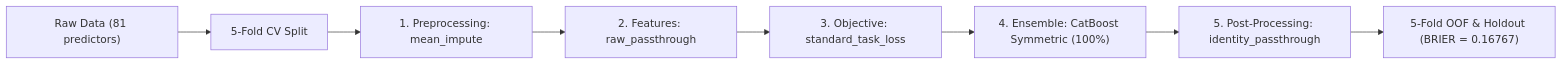
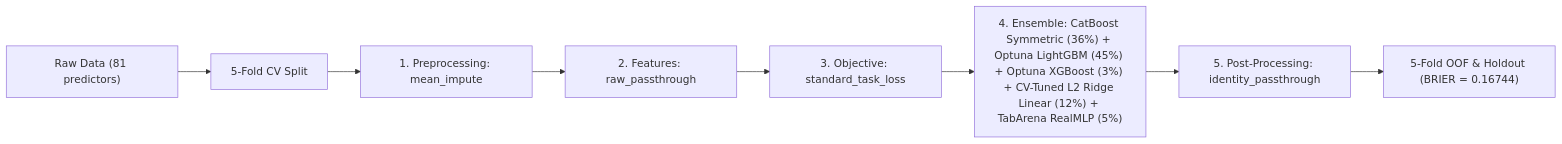
One commit to stefanoclss/March-Machine-Learning-Mania-2026 changed the diagram in README.md. Above: the diagram before and after it, drawn with Mermaid. The commit also changed other lines of this file, not shown here.

First line of the commit message:
docs(readme): refresh verified OOF benchmark & build ledger (BRIER=0.16744)

````diff
--- a/README.md
+++ b/README.md
@@ -69,10 +75,10 @@
 ```mermaid
 flowchart LR
     DATA["Raw Data (81 predictors)"] --> SPLIT["5-Fold CV Split"]
     SPLIT --> PRE["1. Preprocessing: mean_impute"]
     PRE --> FEAT["2. Features: raw_passthrough"]
     FEAT --> OBJ["3. Objective: standard_task_loss"]
-    OBJ --> M0["4. Ensemble: CatBoost Symmetric (100%)"]
+    OBJ --> M0["4. Ensemble: CatBoost Symmetric (36%) + Optuna LightGBM (45%) + Optuna XGBoost (3%) + CV-Tuned L2 Ridge Linear (12%) + TabArena RealMLP (5%)"]
     M0 --> POST["5. Post-Processing: identity_passthrough"]
-    POST --> OUT["5-Fold OOF & Holdout (BRIER = 0.16767)"]
+    POST --> OUT["5-Fold OOF & Holdout (BRIER = 0.16744)"]
 ```
````
